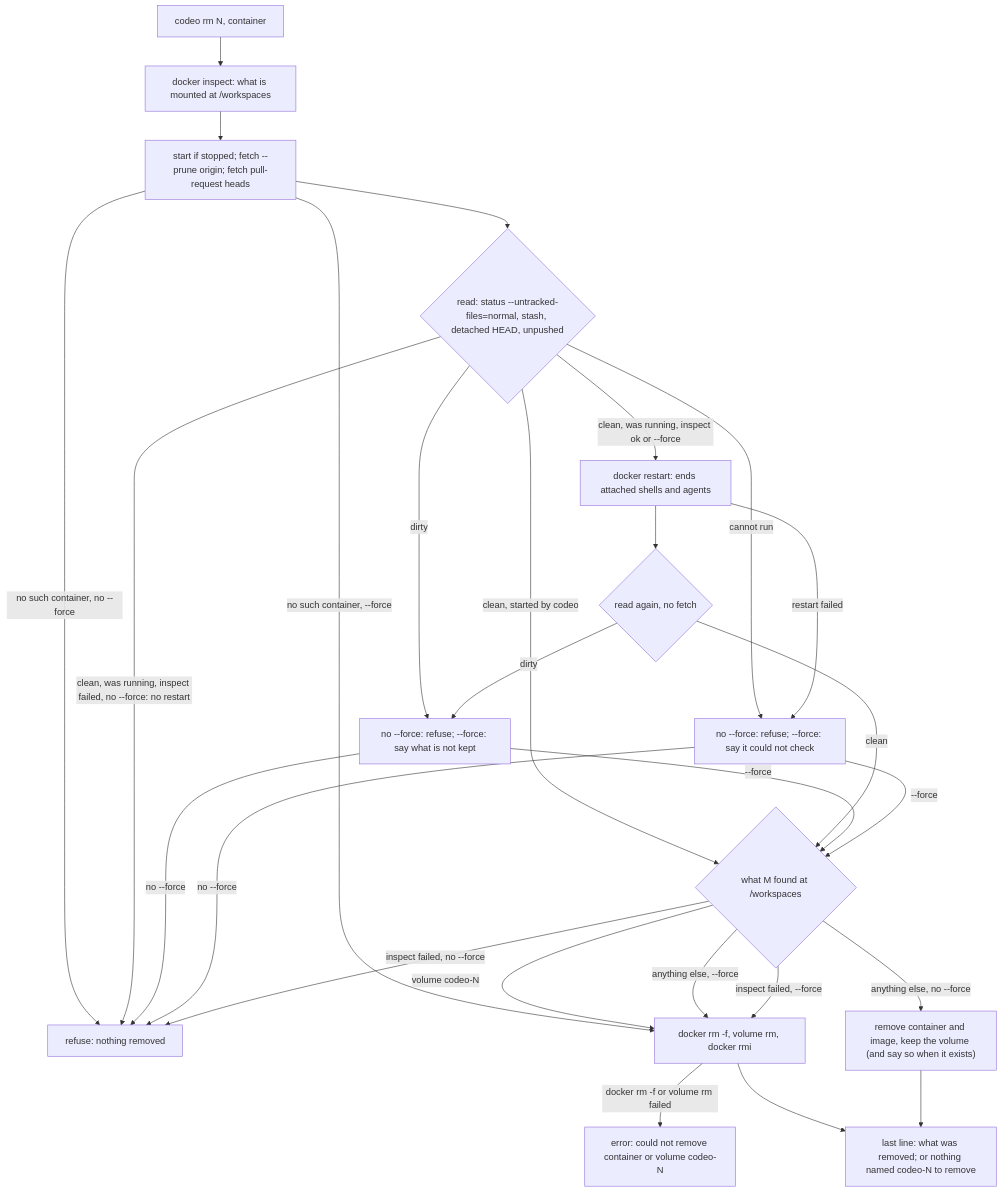
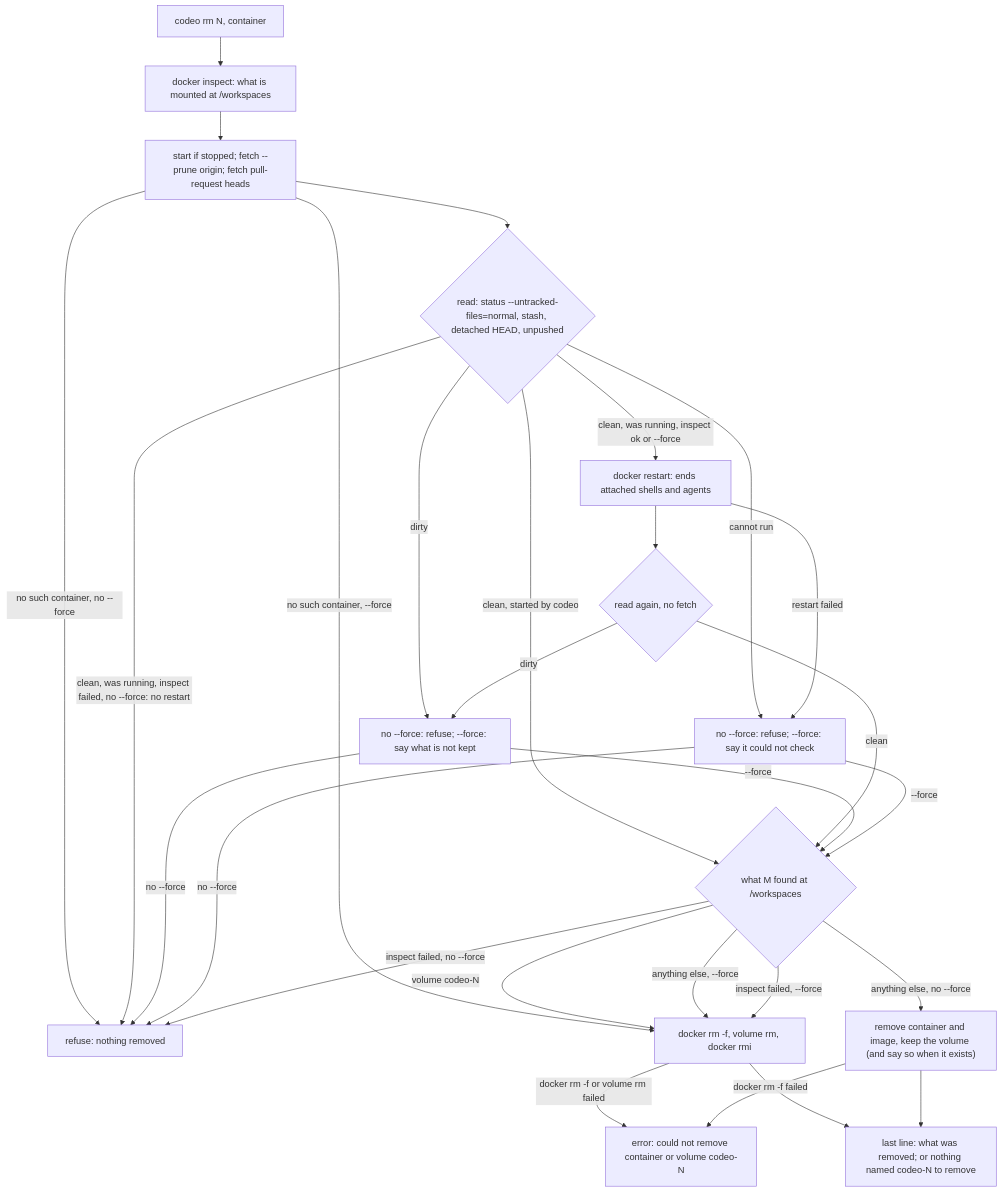
The second of 2 diagrams in .devcontainer/README.md (kbajpai/codeo), drawn with Mermaid before and after one commit. The commit also changed other lines of this file, not shown here.

Commit message:
docs: the removal README names a failed volume removal and the chart shows both removal failures (#149)

````diff
--- a/.devcontainer/README.md
+++ b/.devcontainer/README.md
@@ -186,29 +186,30 @@
 ```mermaid
 flowchart TD
     A["codeo rm N, container"] --> M["docker inspect: what is mounted at /workspaces"]
     M --> B["start if stopped; fetch --prune origin; fetch pull-request heads"]
     B -- "no such container, no --force" --> Q["refuse: nothing removed"]
     B -- "no such container, --force" --> G
     B --> C{"read: status --untracked-files=normal, stash, detached HEAD, unpushed"}
     C -- "dirty" --> R["no --force: refuse; --force: say what is not kept"]
     C -- "cannot run" --> X["no --force: refuse; --force: say it could not check"]
     C -- "clean, started by codeo" --> F
     C -- "clean, was running, inspect failed, no --force: no restart" --> Q
     C -- "clean, was running, inspect ok or --force" --> D["docker restart: ends attached shells and agents"]
     D -- "restart failed" --> X
     D --> E{"read again, no fetch"}
     E -- "dirty" --> R
     E -- "clean" --> F{"what M found at /workspaces"}
     R -- "--force" --> F
     X -- "--force" --> F
     R -- "no --force" --> Q
     X -- "no --force" --> Q
     F -- "volume codeo-N" --> G["docker rm -f, volume rm, docker rmi"]
     F -- "anything else, --force" --> G
     F -- "anything else, no --force" --> H["remove container and image, keep the volume (and say so when it exists)"]
     F -- "inspect failed, --force" --> G
     F -- "inspect failed, no --force" --> Q
     G -- "docker rm -f or volume rm failed" --> Y["error: could not remove container or volume codeo-N"]
+    H -- "docker rm -f failed" --> Y
     G --> Z["last line: what was removed; or nothing named codeo-N to remove"]
     H --> Z
 ```
````
